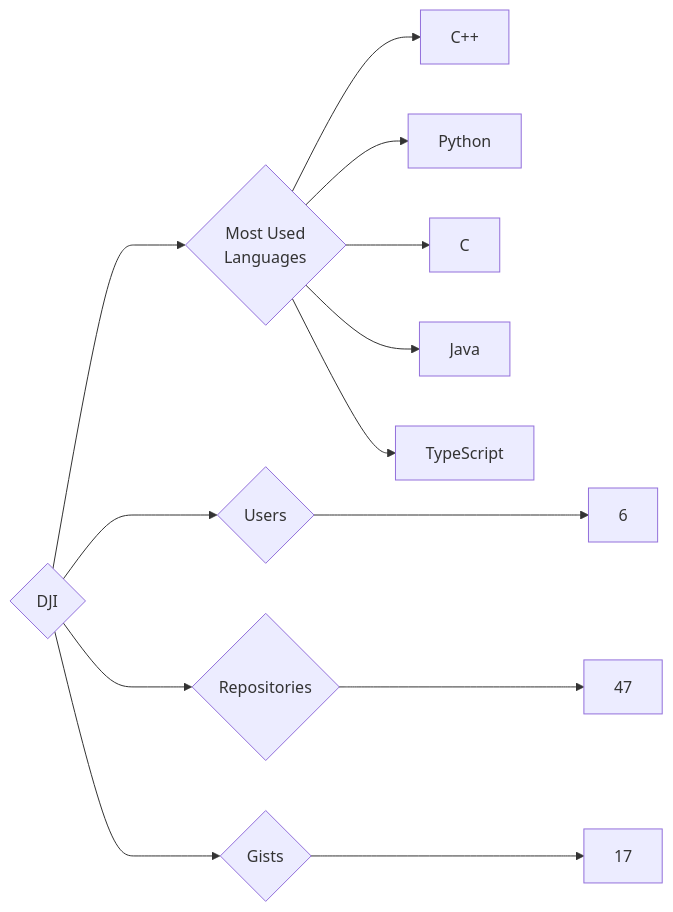
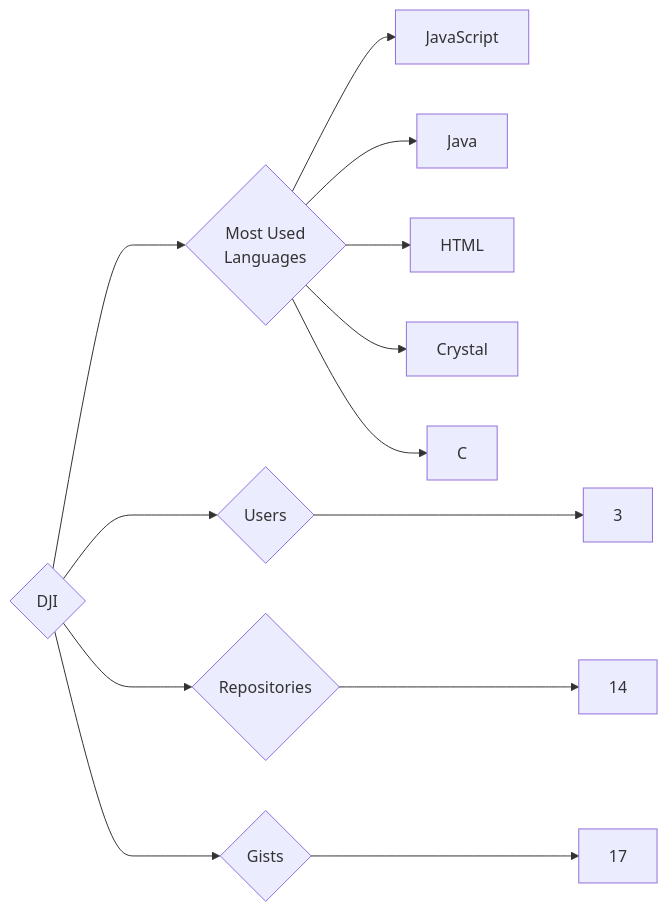
Before and after one commit to trickest/insiders: the diagram in targets/DJI/README.md, drawn with Mermaid. The commit also changed 783 other files, not shown here.

````diff
--- a/targets/DJI/README.md
+++ b/targets/DJI/README.md
@@ -3,13 +3,13 @@
 ```mermaid
 graph LR
 COMPANY_NAME{DJI}
-COMPANY_NAME ---> U{Users} ---> UN[6]
-COMPANY_NAME ---> R{Repositories} ---> RN[47]
+COMPANY_NAME ---> U{Users} ---> UN[3]
+COMPANY_NAME ---> R{Repositories} ---> RN[14]
 COMPANY_NAME ---> G{Gists} ---> GN[17]
 COMPANY_NAME ---> ML{Most Used<br>Languages}
-ML --> C++[C++]
-ML --> Python[Python]
+ML --> JavaScript[JavaScript]
+ML --> Java[Java]
+ML --> HTML[HTML]
+ML --> Crystal[Crystal]
 ML --> C[C]
-ML --> Java[Java]
-ML --> TypeScript[TypeScript]
 ```
````
